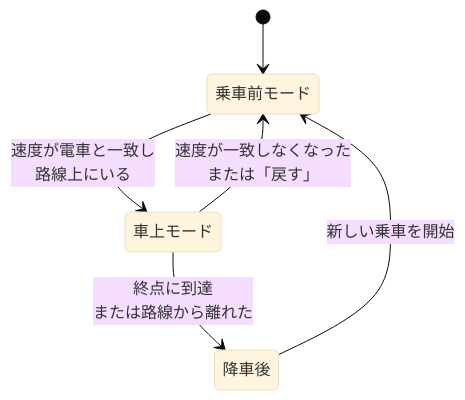
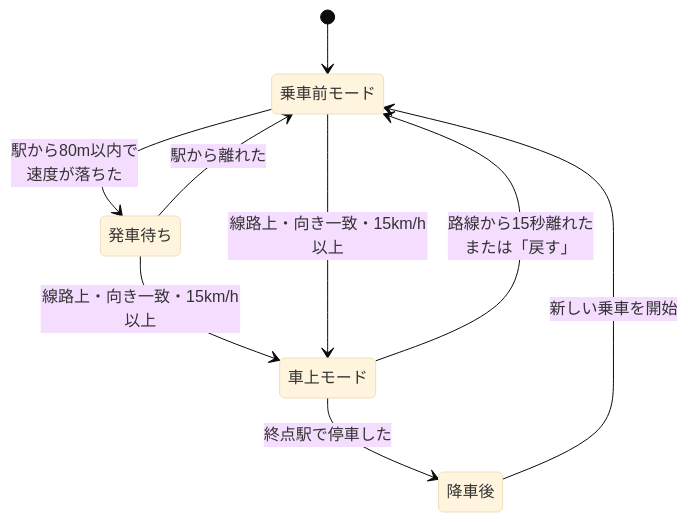
One commit to Hexran-123/2026Expo changed the first of 3 diagrams in docs/設計書.md. Above: the diagram before and after it, drawn with Mermaid (base theme). The commit also changed other lines of this file and 43 other files, not shown here.

````diff
--- a/docs/設計書.md
+++ b/docs/設計書.md
@@ -59,8 +81,11 @@
 ```mermaid
 stateDiagram-v2
     [*] --> 乗車前モード
-    乗車前モード --> 車上モード: 速度が電車と一致し<br/>路線上にいる
-    車上モード --> 乗車前モード: 速度が一致しなくなった<br/>または「戻す」
-    車上モード --> 降車後: 終点に到達<br/>または路線から離れた
+    乗車前モード --> 発車待ち: 駅から80m以内で<br/>速度が落ちた
+    発車待ち --> 乗車前モード: 駅から離れた
+    発車待ち --> 車上モード: 線路上・向き一致・15km/h以上
+    乗車前モード --> 車上モード: 線路上・向き一致・15km/h以上
+    車上モード --> 乗車前モード: 路線から15秒離れた<br/>または「戻す」
+    車上モード --> 降車後: 終点駅で停車した
     降車後 --> 乗車前モード: 新しい乗車を開始
 ```
````
